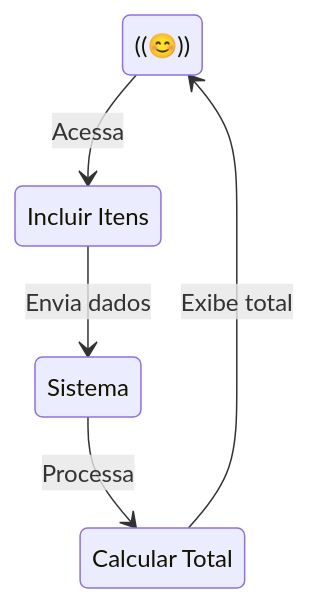
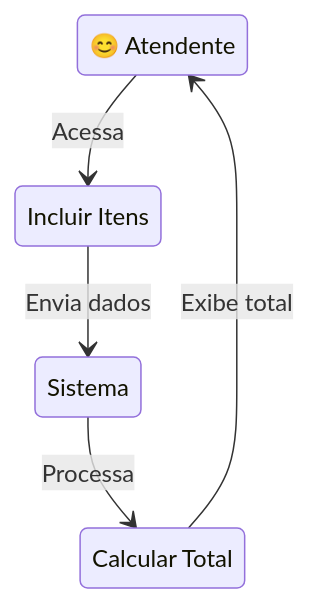
One commit to marcus2703/sistema-ordem-servico-oficina changed the seventh of 13 diagrams in casos_uso.md. Above: the diagram before and after it, drawn with Mermaid. The commit also changed other lines of this file, not shown here.

````diff
--- a/casos_uso.md
+++ b/casos_uso.md
@@ -206,12 +206,12 @@
 ```mermaid
 stateDiagram-v2
-    Atendente: ((😊))
+    Atendente: 😊 Atendente
     Sistema: Sistema
     IncluirItens: Incluir Itens
     CalcularTotal: Calcular Total
     
     Atendente --> IncluirItens: Acessa
     IncluirItens --> Sistema: Envia dados
     Sistema --> CalcularTotal: Processa
     CalcularTotal --> Atendente: Exibe total
 ```
````
